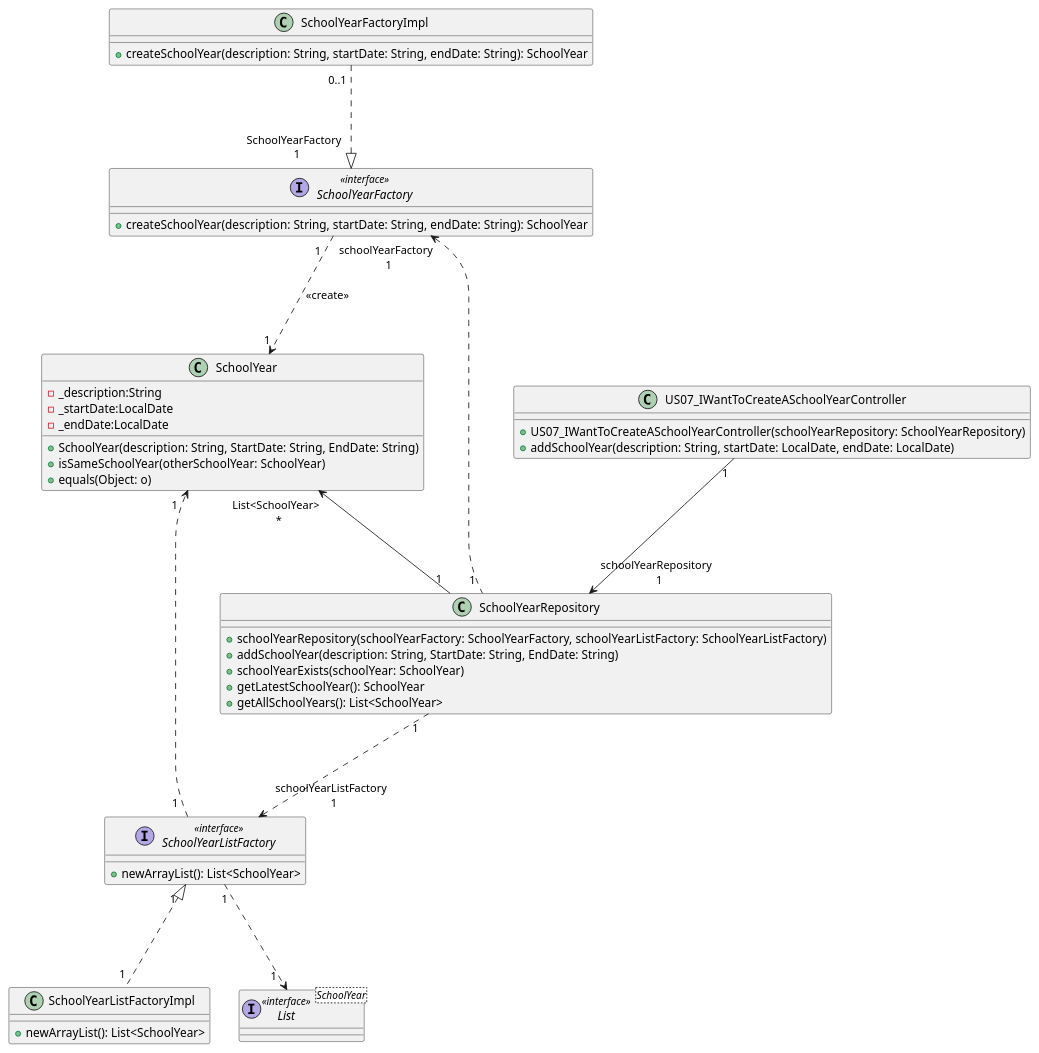
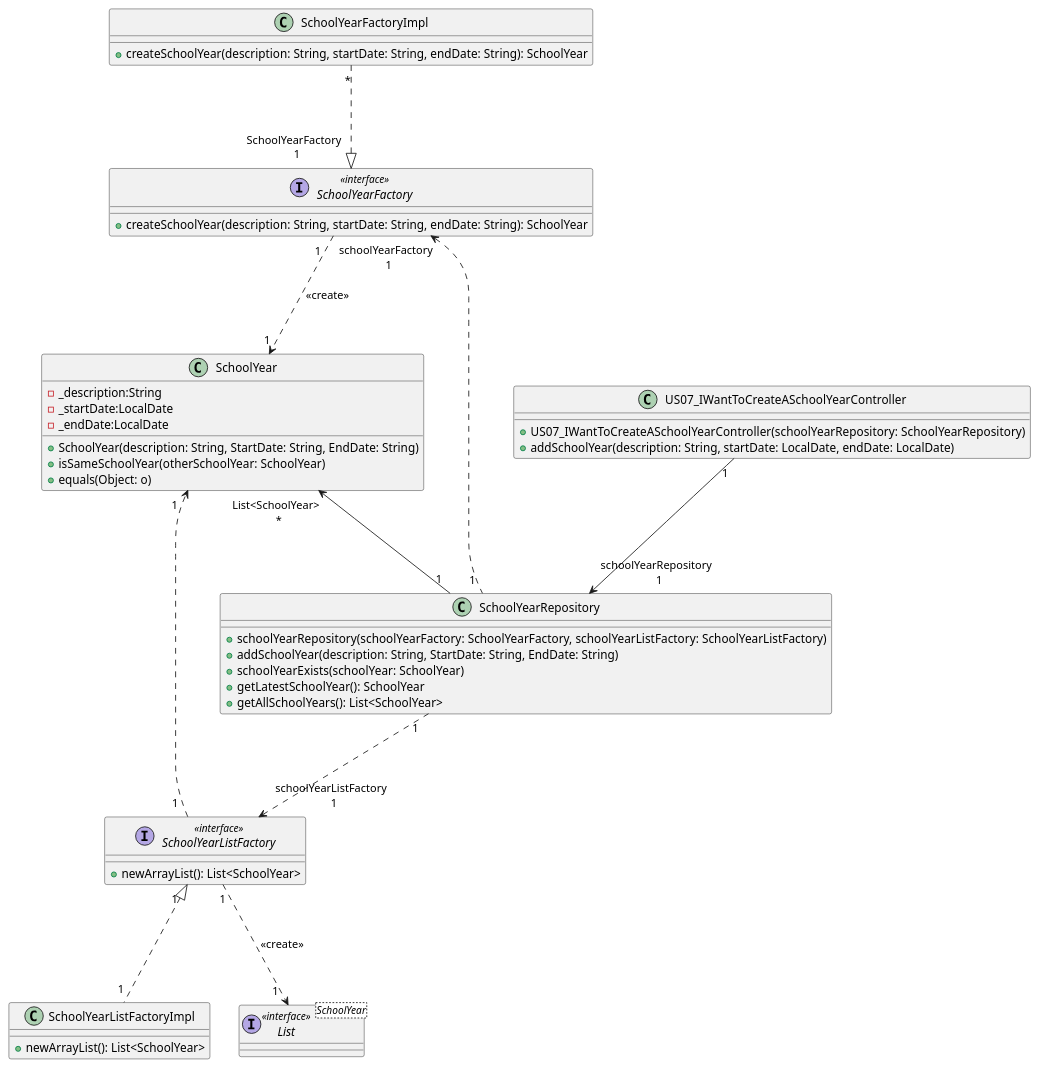
Before and after one commit to GasparISEP/DevOps-PAI: the diagram in docs/US07/US07_ClassDiagram.puml, drawn with PlantUML. The commit also changed 1 other file, not shown here.

Commit message:
Updated relationships for US08_RegisterStudentInSystem_ClassDiagram and US07_ClassDiagram

```diff
--- a/docs/US07/US07_ClassDiagram.puml
+++ b/docs/US07/US07_ClassDiagram.puml
@@ -1,54 +1,54 @@
 @startuml
 top to bottom direction
 
 class SchoolYear {
     -_description:String
     -_startDate:LocalDate
     -_endDate:LocalDate
     +SchoolYear(description: String, StartDate: String, EndDate: String)
     +isSameSchoolYear(otherSchoolYear: SchoolYear)
     +equals(Object: o)
 }
 
 class SchoolYearRepository {
     +schoolYearRepository(schoolYearFactory: SchoolYearFactory, schoolYearListFactory: SchoolYearListFactory)
     +addSchoolYear(description: String, StartDate: String, EndDate: String)
     +schoolYearExists(schoolYear: SchoolYear)
     +getLatestSchoolYear(): SchoolYear
     +getAllSchoolYears(): List<SchoolYear>
 }
 
 class US07_IWantToCreateASchoolYearController {
    +US07_IWantToCreateASchoolYearController(schoolYearRepository: SchoolYearRepository)
    +addSchoolYear(description: String, startDate: LocalDate, endDate: LocalDate)
 }
 
 interface SchoolYearListFactory <<interface>> {
    +newArrayList(): List<SchoolYear>
 }
 
 class SchoolYearListFactoryImpl {
    +newArrayList(): List<SchoolYear>
 }
 
 interface SchoolYearFactory <<interface>> {
    +createSchoolYear(description: String, startDate: String, endDate: String): SchoolYear
 }
 
 class SchoolYearFactoryImpl {
    +createSchoolYear(description: String, startDate: String, endDate: String): SchoolYear
 }
 
 interface List<SchoolYear> <<interface>> {
 }
 
 SchoolYearListFactoryImpl "1 " ..u.|> "1  " SchoolYearListFactory
 SchoolYearRepository "1" ...> "schoolYearListFactory \n 1" SchoolYearListFactory
 SchoolYearRepository "1 " .u..> "schoolYearFactory \n 1" SchoolYearFactory
 US07_IWantToCreateASchoolYearController "1" ---> "schoolYearRepository \n 1" SchoolYearRepository
 SchoolYear "List<SchoolYear> \n *" <--- "1" SchoolYearRepository
-SchoolYearFactoryImpl "0..1 " ...|> "SchoolYearFactory \n 1" SchoolYearFactory
+SchoolYearFactoryImpl "*" ...|> "SchoolYearFactory \n 1" SchoolYearFactory
 SchoolYearFactory "1   " ...> "1 " SchoolYear: <<create>>
-SchoolYearListFactory "1" ...> "1  " List
+SchoolYearListFactory "1" ...> "1  " List: <<create>>
 SchoolYearListFactory "1  " ..> "1  " SchoolYear
 @enduml
```
